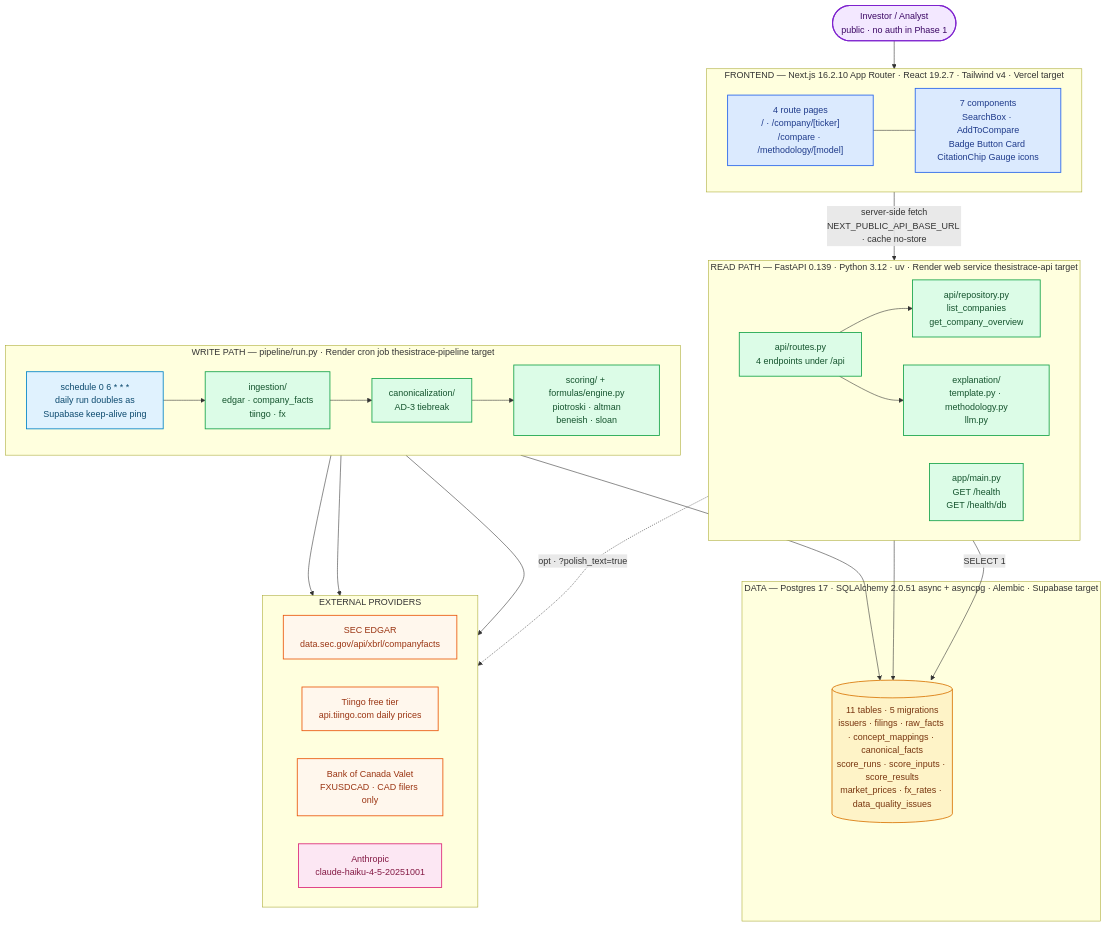
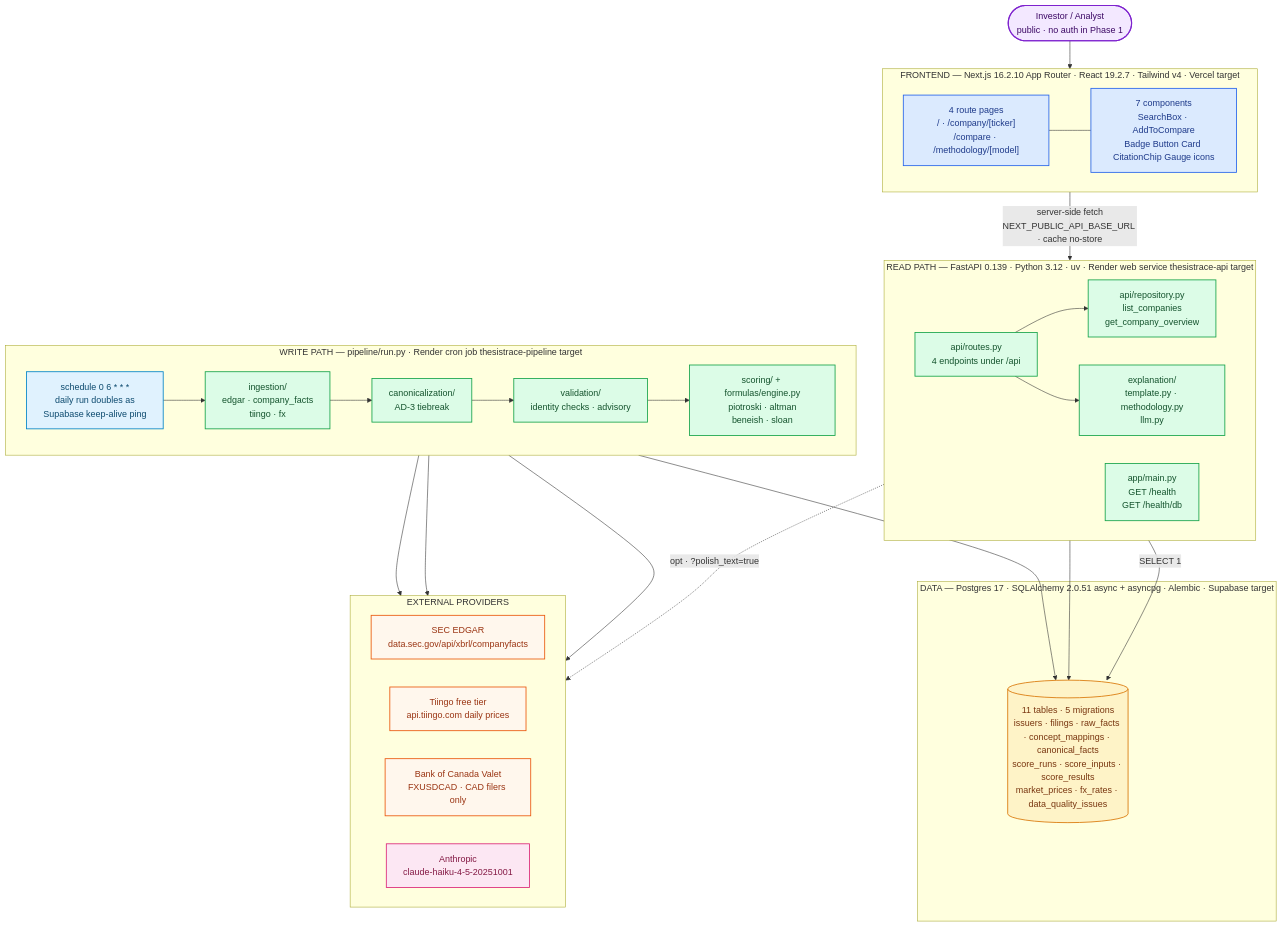
Before and after one commit to lawrence-dass/thesis-trace: the diagram in docs/diagrams/01-system-architecture.md, drawn with Mermaid. The commit also changed other lines of this file and 2 other files, not shown here.

First paragraph of the commit message:
Redraw the validate stage as live now that it is wired
PR #22 wired run_validation into pipeline/run.py, which made the diagrams from
PR #21 stale — they drew the stage dashed as "DEFINED + TESTED, NOT WIRED".

````diff
--- a/docs/diagrams/01-system-architecture.md
+++ b/docs/diagrams/01-system-architecture.md
@@ -9,60 +9,61 @@
 ```mermaid
 flowchart TB
     USER(["Investor / Analyst<br/>public · no auth in Phase 1"]):::actor
 
     subgraph FE["FRONTEND — Next.js 16.2.10 App Router · React 19.2.7 · Tailwind v4 · Vercel target"]
         direction LR
         PAGES["4 route pages<br/>/ · /company/[ticker]<br/>/compare · /methodology/[model]"]:::frontend
         COMP["7 components<br/>SearchBox · AddToCompare<br/>Badge Button Card CitationChip Gauge icons"]:::frontend
         PAGES --- COMP
     end
 
     subgraph BE["READ PATH — FastAPI 0.139 · Python 3.12 · uv · Render web service thesistrace-api target"]
         direction LR
         READ["api/routes.py<br/>4 endpoints under /api"]:::backend
         REPO["api/repository.py<br/>list_companies<br/>get_company_overview"]:::backend
         EXPL["explanation/<br/>template.py · methodology.py<br/>llm.py"]:::backend
         HEALTH["app/main.py<br/>GET /health<br/>GET /health/db"]:::backend
         READ --> REPO
         READ --> EXPL
     end
 
     subgraph DATA["DATA — Postgres 17 · SQLAlchemy 2.0.51 async + asyncpg · Alembic · Supabase target"]
         DB[("11 tables · 5 migrations<br/>issuers · filings · raw_facts · concept_mappings · canonical_facts<br/>score_runs · score_inputs · score_results<br/>market_prices · fx_rates · data_quality_issues")]:::database
     end
 
     subgraph WRITE["WRITE PATH — pipeline/run.py · Render cron job thesistrace-pipeline target"]
         direction LR
         CRON["schedule 0 6 * * *<br/>daily run doubles as<br/>Supabase keep-alive ping"]:::infra
         ING["ingestion/<br/>edgar · company_facts<br/>tiingo · fx"]:::backend
         CANON["canonicalization/<br/>AD-3 tiebreak"]:::backend
+        VALID["validation/<br/>identity checks · advisory"]:::backend
         SCORE["scoring/ + formulas/engine.py<br/>piotroski · altman<br/>beneish · sloan"]:::backend
-        CRON --> ING --> CANON --> SCORE
+        CRON --> ING --> CANON --> VALID --> SCORE
     end
 
     subgraph EXT["EXTERNAL PROVIDERS"]
         direction LR
         EDGAR["SEC EDGAR<br/>data.sec.gov/api/xbrl/companyfacts"]:::source
         TIINGO["Tiingo free tier<br/>api.tiingo.com daily prices"]:::source
         BOC["Bank of Canada Valet<br/>FXUSDCAD · CAD filers only"]:::source
         LLM["Anthropic<br/>claude-haiku-4-5-20251001"]:::llm
     end
 
     USER --> PAGES
     PAGES -->|"server-side fetch<br/>NEXT_PUBLIC_API_BASE_URL · cache no-store"| READ
     REPO --> DB
     HEALTH -->|"SELECT 1"| DB
     EXPL -.->|"opt · ?polish_text=true"| LLM
     ING --> EDGAR
     ING --> TIINGO
     ING --> BOC
     SCORE --> DB
 
     classDef actor fill:#F3E8FF,stroke:#7E22CE,color:#3B0764,stroke-width:2px;
     classDef frontend fill:#DBEAFE,stroke:#2563EB,color:#1E3A8A,stroke-width:1.5px;
     classDef backend fill:#DCFCE7,stroke:#16A34A,color:#14532D,stroke-width:1.5px;
     classDef database fill:#FEF3C7,stroke:#D97706,color:#78350F,stroke-width:1.5px;
     classDef source fill:#FFF7ED,stroke:#EA580C,color:#9A3412,stroke-width:1.5px;
     classDef llm fill:#FCE7F3,stroke:#DB2777,color:#831843,stroke-width:1.5px;
     classDef infra fill:#E0F2FE,stroke:#0284C7,color:#0C4A6E,stroke-width:1.5px;
 ```
````
